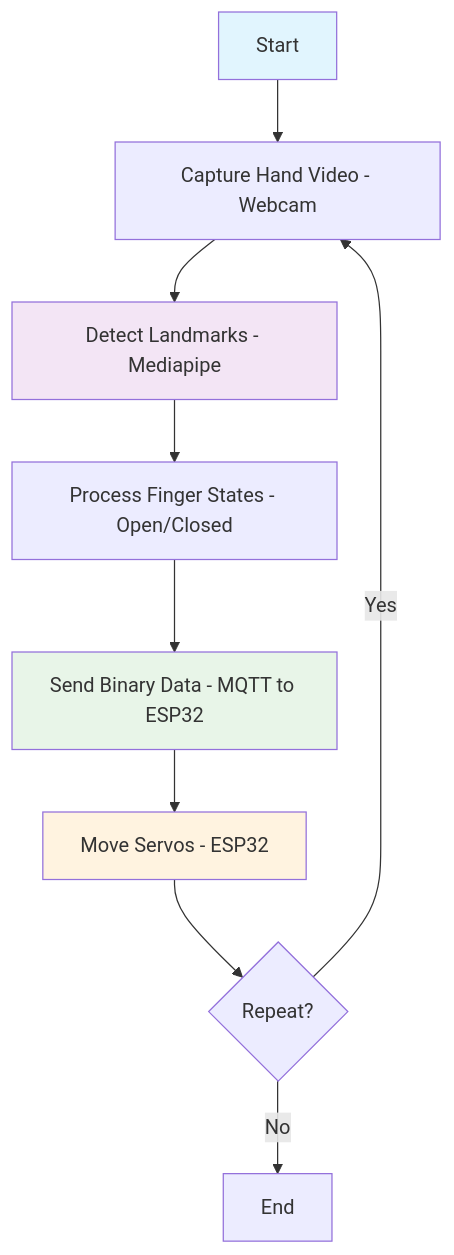
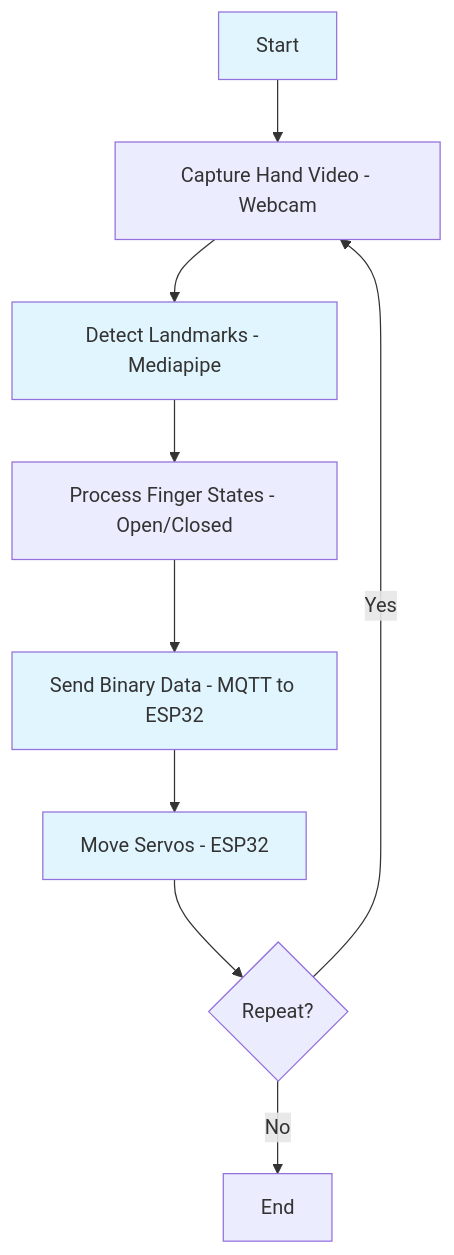
One commit to ficrammanifur/Gesture-Clone-Robot changed the diagram in README.md. Above: the diagram before and after it, drawn with Mermaid.

````diff
--- a/README.md
+++ b/README.md
@@ -107,16 +107,16 @@
 ```mermaid
 graph TD
     A[Start] --> B[Capture Hand Video - Webcam]
     B --> C[Detect Landmarks - Mediapipe]
     C --> D[Process Finger States - Open/Closed]
     D --> E[Send Binary Data - MQTT to ESP32]
     E --> F[Move Servos - ESP32]
     F --> G{Repeat?}
     G -->|Yes| B
     G -->|No| H[End]
     
     style A fill:#e1f5fe
-    style C fill:#f3e5f5
-    style E fill:#e8f5e8
-    style F fill:#fff3e0
+    style C fill:#e1f5fe
+    style E fill:#e1f5fe
+    style F fill:#e1f5fe
 ```
````
